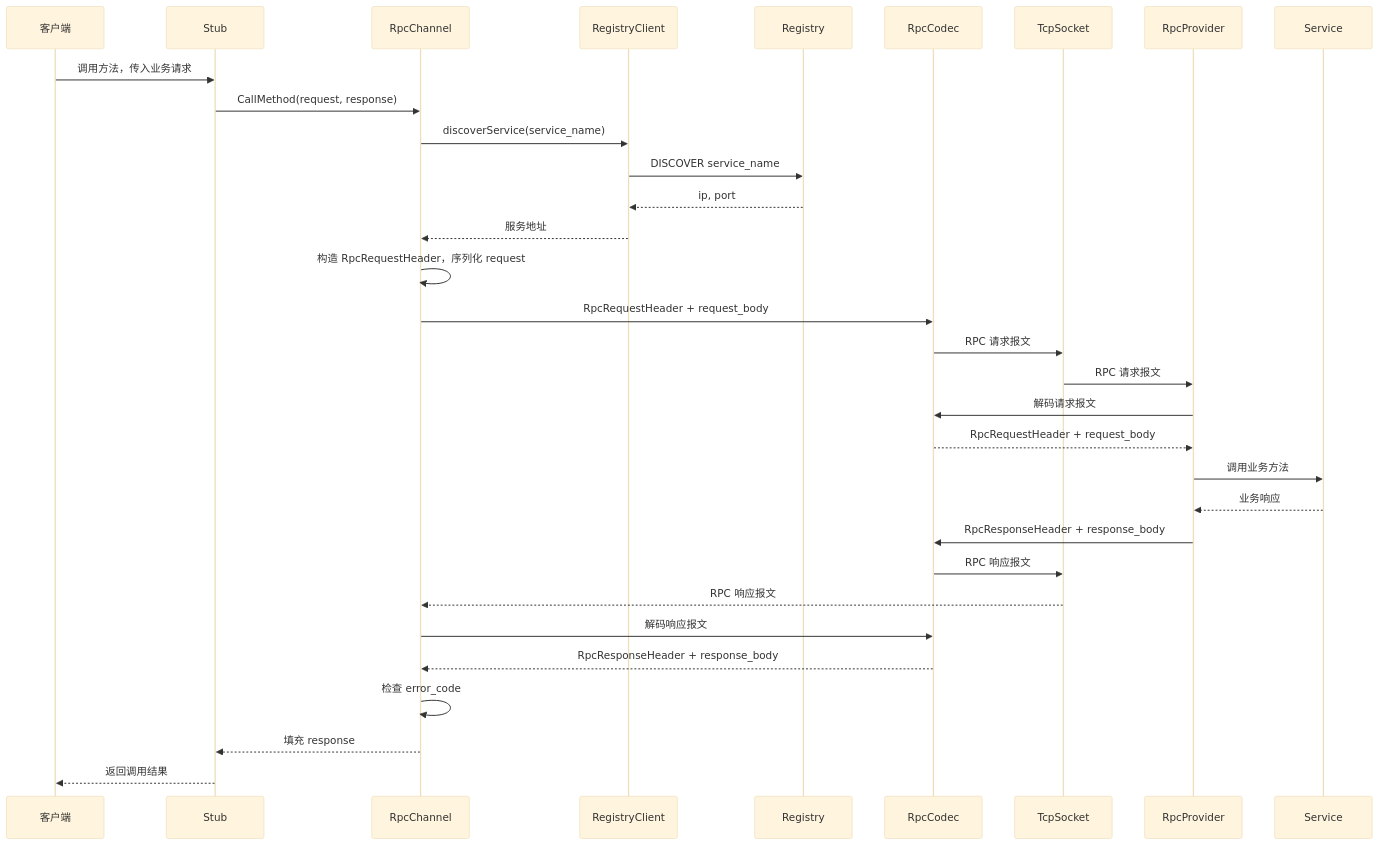
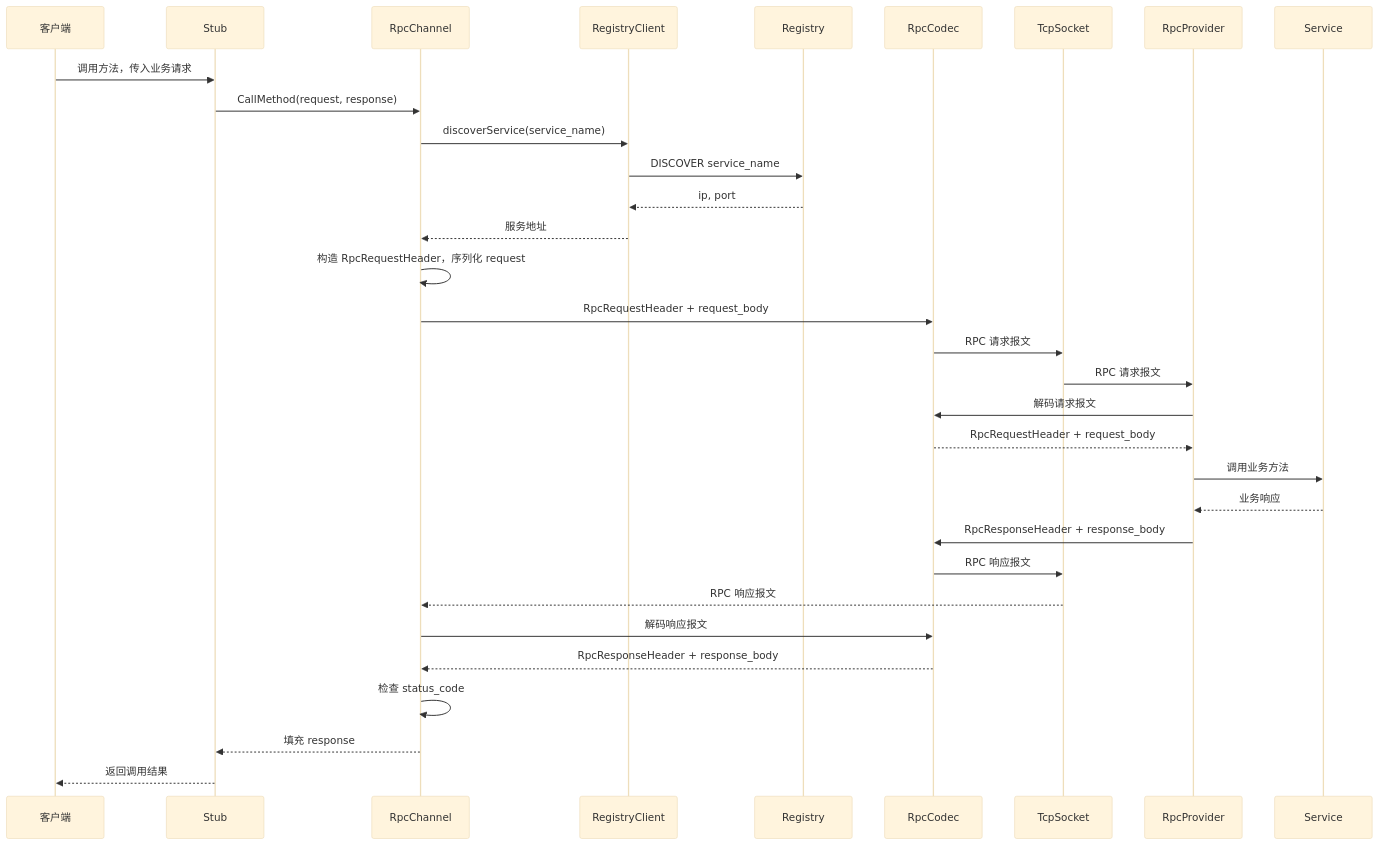
Before and after one commit to lvpiguai/tinyrpc: the second of 2 diagrams in README.md, drawn with Mermaid (base theme). The commit also changed other lines of this file and 5 other files, not shown here.

````diff
--- a/README.md
+++ b/README.md
@@ -131,38 +131,38 @@
 ```mermaid
 sequenceDiagram
     participant Client as 客户端
     participant Stub
     participant Channel as RpcChannel
     participant RegistryClient
     participant Registry
     participant Codec as RpcCodec
     participant Socket as TcpSocket
     participant Provider as RpcProvider
     participant Service as Service
 
     Client->>Stub: 调用方法，传入业务请求
     Stub->>Channel: CallMethod(request, response)
     Channel->>RegistryClient: discoverService(service_name)
     RegistryClient->>Registry: DISCOVER service_name
     Registry-->>RegistryClient: ip, port
     RegistryClient-->>Channel: 服务地址
 
     Channel->>Channel: 构造 RpcRequestHeader，序列化 request
     Channel->>Codec: RpcRequestHeader + request_body
     Codec->>Socket: RPC 请求报文
     Socket->>Provider: RPC 请求报文
 
     Provider->>Codec: 解码请求报文
     Codec-->>Provider: RpcRequestHeader + request_body
     Provider->>Service: 调用业务方法
     Service-->>Provider: 业务响应
 
     Provider->>Codec: RpcResponseHeader + response_body
     Codec->>Socket: RPC 响应报文
     Socket-->>Channel: RPC 响应报文
     Channel->>Codec: 解码响应报文
     Codec-->>Channel: RpcResponseHeader + response_body
-    Channel->>Channel: 检查 error_code
+    Channel->>Channel: 检查 status_code
     Channel-->>Stub: 填充 response
     Stub-->>Client: 返回调用结果
 ```
````
